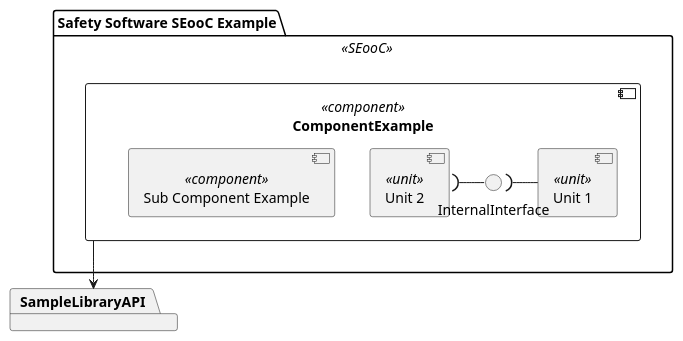
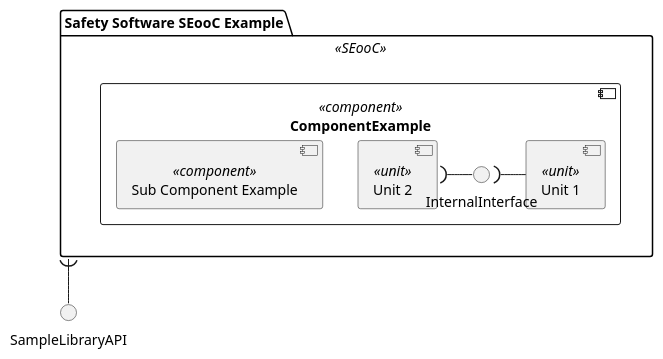
Before and after one commit to eclipse-score/tooling: the diagram in bazel/rules/rules_score/docs/_assets/SeoocExample_StaticDesign.puml, drawn with PlantUML. The commit also changed 31 other files, not shown here.

```diff
--- a/bazel/rules/rules_score/docs/_assets/SeoocExample_StaticDesign.puml
+++ b/bazel/rules/rules_score/docs/_assets/SeoocExample_StaticDesign.puml
@@ -14,19 +14,19 @@
 @startuml SeoocExample_StaticDesign
 
 package "Safety Software SEooC Example" as safety_software_seooc_example <<SEooC>> {
     component "ComponentExample" as component_example <<component>> {
         component "Unit 1" as unit_1 <<unit>>
         component "Unit 2" as unit_2 <<unit>>
         component "Sub Component Example" as sub_component_example <<component>>
 
         interface "InternalInterface" as InternalInterface
         unit_1 -l-( InternalInterface
         unit_2 )-r- InternalInterface
     }
 }
 
-package "SampleLibraryAPI" as SampleLibraryAPI
+interface "SampleLibraryAPI" as SampleLibraryAPI
 
-component_example --> SampleLibraryAPI
+safety_software_seooc_example )-d- SampleLibraryAPI
 
 @enduml
```
